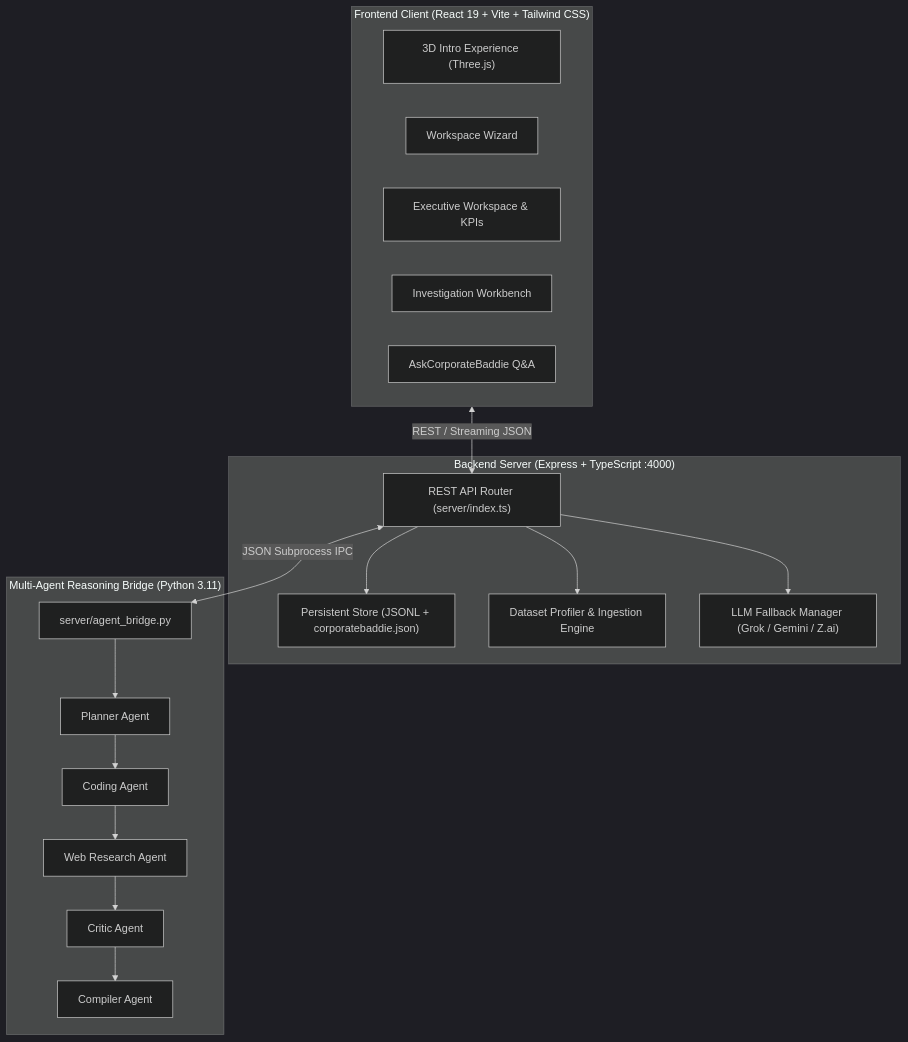
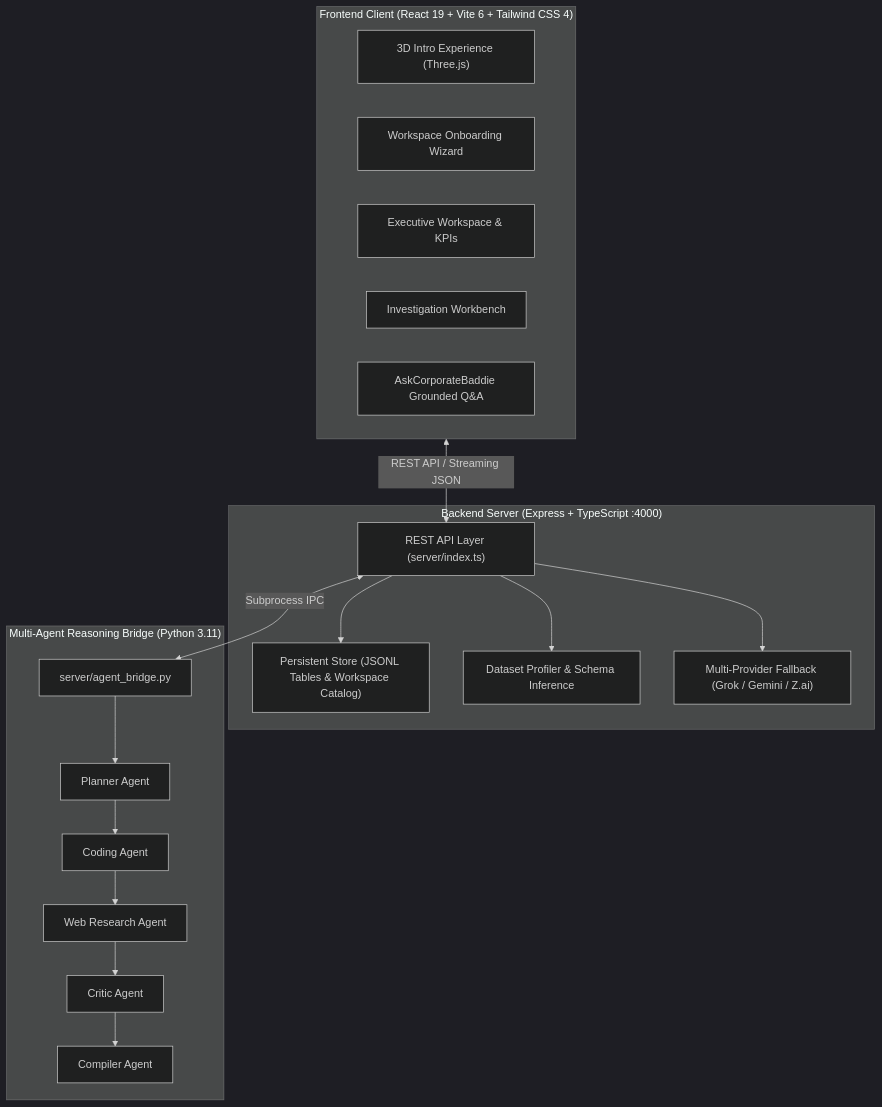
The diagram in README.md (trushendarreddy-cell/Corporate-Baddie), drawn with Mermaid (dark theme) before and after one commit. The commit also changed other lines of this file, not shown here.

Commit message:
docs(readme): modernize overview, architecture specs, and testing procedures

````diff
--- a/README.md
+++ b/README.md
@@ -53,33 +53,33 @@
 ```mermaid
 flowchart TB
-    subgraph Frontend["Frontend Client (React 19 + Vite + Tailwind CSS)"]
+    subgraph Frontend["Frontend Client (React 19 + Vite 6 + Tailwind CSS 4)"]
         Intro["3D Intro Experience (Three.js)"]
-        Onboarding["Workspace Wizard"]
+        Wizard["Workspace Onboarding Wizard"]
         Workspace["Executive Workspace & KPIs"]
-        Investigate["Investigation Workbench"]
-        Ask["AskCorporateBaddie Q&A"]
+        Workbench["Investigation Workbench"]
+        AskCB["AskCorporateBaddie Grounded Q&A"]
     end
 
     subgraph Backend["Backend Server (Express + TypeScript :4000)"]
-        API["REST API Router (server/index.ts)"]
-        Store["Persistent Store (JSONL + corporatebaddie.json)"]
-        Ingest["Dataset Profiler & Ingestion Engine"]
-        LLM["LLM Fallback Manager (Grok / Gemini / Z.ai)"]
+        API["REST API Layer (server/index.ts)"]
+        Store["Persistent Store (JSONL Tables & Workspace Catalog)"]
+        Ingest["Dataset Profiler & Schema Inference"]
+        LLM["Multi-Provider Fallback (Grok / Gemini / Z.ai)"]
     end
 
-    subgraph MultiAgent["Multi-Agent Reasoning Bridge (Python 3.11)"]
+    subgraph Agents["Multi-Agent Reasoning Bridge (Python 3.11)"]
         Bridge["server/agent_bridge.py"]
         Planner["Planner Agent"]
         Coder["Coding Agent"]
         Search["Web Research Agent"]
         Critic["Critic Agent"]
         Compiler["Compiler Agent"]
     end
 
-    Frontend <-->|"REST / Streaming JSON"| API
+    Frontend <-->|"REST API / Streaming JSON"| API
     API --> Store
     API --> Ingest
     API --> LLM
-    API <-->|"JSON Subprocess IPC"| Bridge
+    API <-->|"Subprocess IPC"| Bridge
     Bridge --> Planner --> Coder --> Search --> Critic --> Compiler
 ```
````
